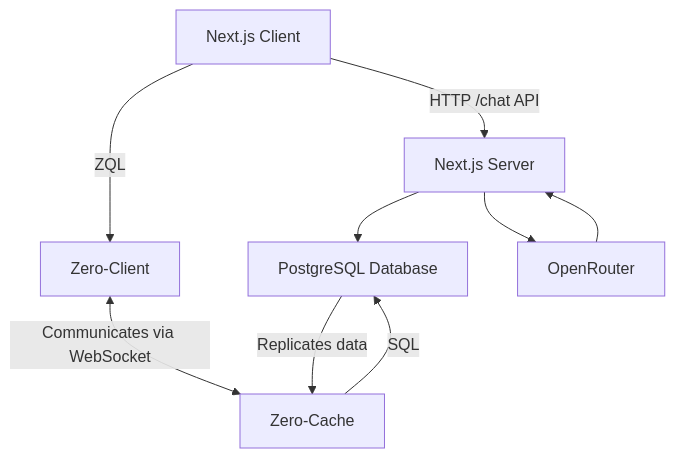
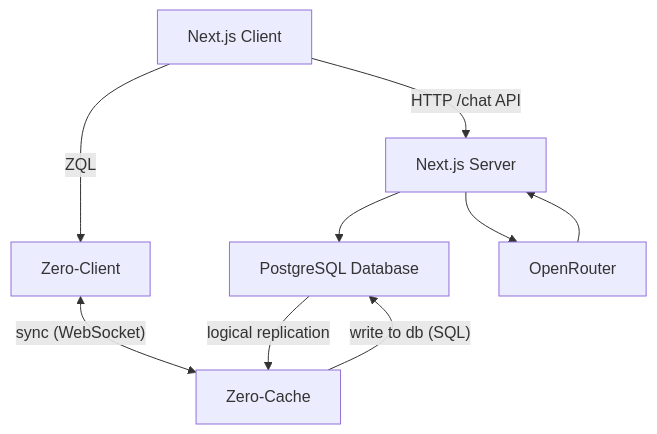
Before and after one commit to codingCoffee/semaphore: the diagram in README.md, drawn with Mermaid. The commit also changed other lines of this file, not shown here.

````diff
--- a/README.md
+++ b/README.md
@@ -92,21 +90,21 @@
 ```mermaid
 graph TD
 
     %% Frontend
     A[Next.js Client] -->|HTTP /chat API| B[Next.js Server]
 
     %% Next.js Server to Zero-Client
     A -->|ZQL| C[Zero-Client]
 
     %% Zero-Cache and Postgres
-    C <-->|Communicates via WebSocket| D[Zero-Cache]
-    D -->|SQL| E[PostgreSQL Database]
-    E -->|Replicates data| D
+    C <-->|"sync (WebSocket)"| D[Zero-Cache]
+    D -->|"write to db (SQL)"| E[PostgreSQL Database]
+    E -->|"logical replication"| D
 
     %% OpenRouter
     B --> F[OpenRouter]
     F --> B
 
     %% Write
     B --> E
 ```
````
